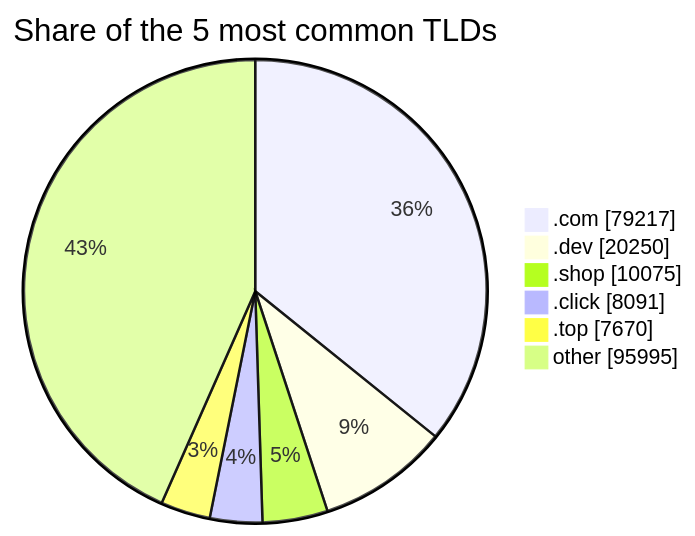
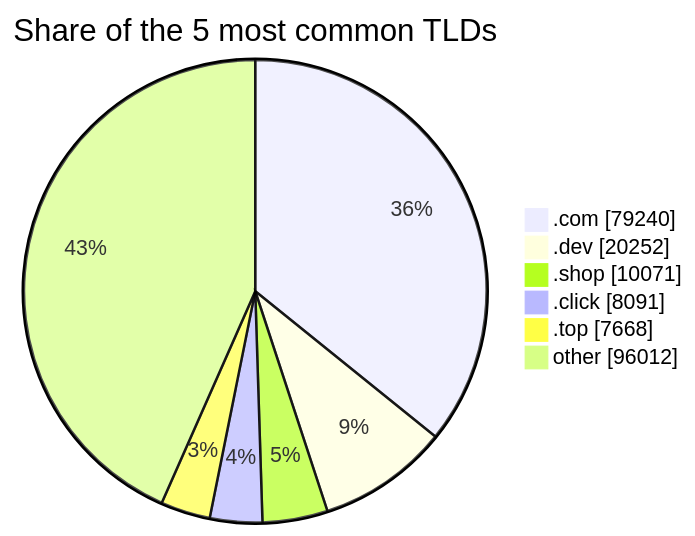
The third of 3 diagrams in README.md (DNSBunker/CTI), drawn with Mermaid before and after one commit. The commit also changed other lines of this file and 3 other files, not shown here.

````diff
--- a/README.md
+++ b/README.md
@@ -81,9 +81,9 @@
 ```mermaid
 pie showData title Share of the 5 most common TLDs
-    ".com" : 79217
-    ".dev" : 20250
-    ".shop" : 10075
+    ".com" : 79240
+    ".dev" : 20252
+    ".shop" : 10071
     ".click" : 8091
-    ".top" : 7670
-    "other" : 95995
+    ".top" : 7668
+    "other" : 96012
 ```
````
